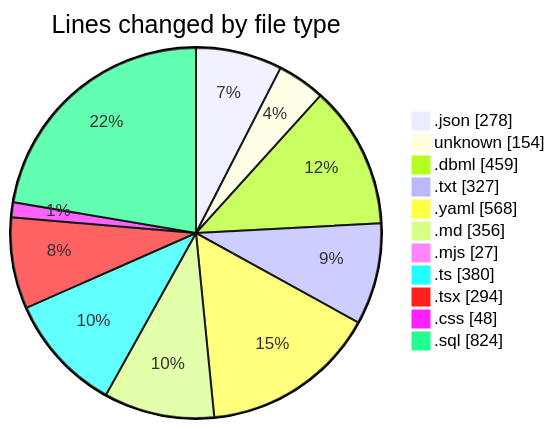
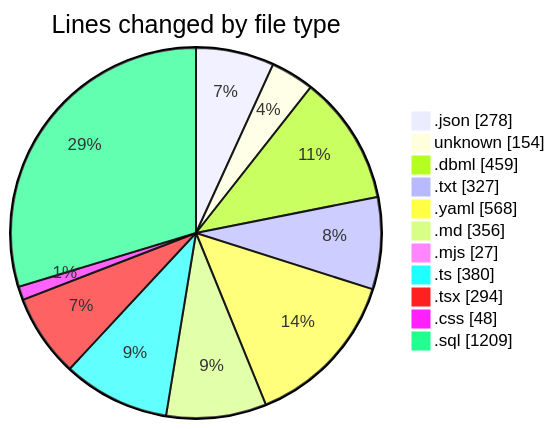
Before and after one commit to mevix1/code-tracking: the first of 2 diagrams in 2025-10-02/oura-api/README.md, drawn with Mermaid. The commit also changed other lines of this file and 1 other file, not shown here.

````diff
--- a/2025-10-02/oura-api/README.md
+++ b/2025-10-02/oura-api/README.md
@@ -55,15 +58,15 @@
 ```mermaid
 pie showData
 title Lines changed by file type
 ".json" : 278
 "unknown" : 154
 ".dbml" : 459
 ".txt" : 327
 ".yaml" : 568
 ".md" : 356
 ".mjs" : 27
 ".ts" : 380
 ".tsx" : 294
 ".css" : 48
-".sql" : 824
+".sql" : 1209
 ```
````
